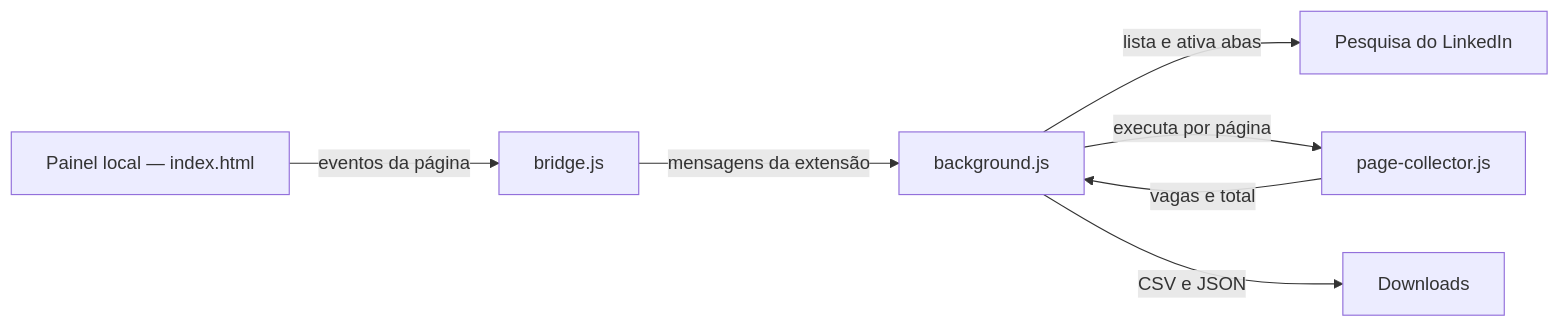
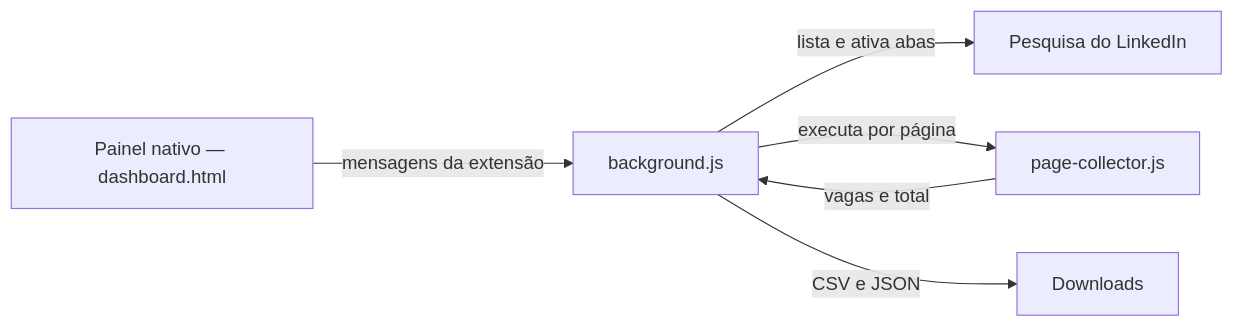
Before and after one commit to al-ramos/linkedin-job-collector: the diagram in README.md, drawn with Mermaid. The commit also changed other lines of this file and 9 other files, not shown here.

````diff
--- a/README.md
+++ b/README.md
@@ -258,9 +251,8 @@
 ```mermaid
 flowchart LR
-    A["Painel local — index.html"] -->|eventos da página| B["bridge.js"]
-    B -->|mensagens da extensão| C["background.js"]
+    A["Painel nativo — dashboard.html"] -->|mensagens da extensão| C["background.js"]
     C -->|lista e ativa abas| D["Pesquisa do LinkedIn"]
     C -->|executa por página| E["page-collector.js"]
     E -->|vagas e total| C
     C -->|CSV e JSON| F["Downloads"]
 ```
````
